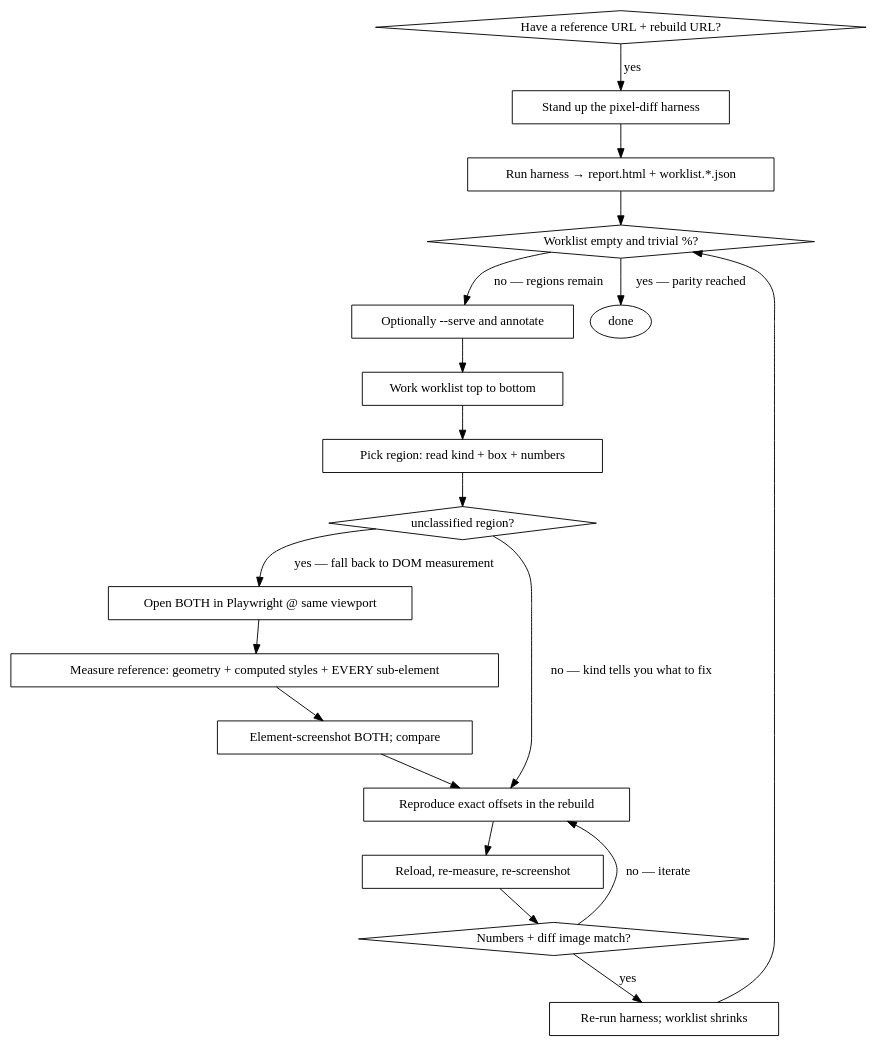
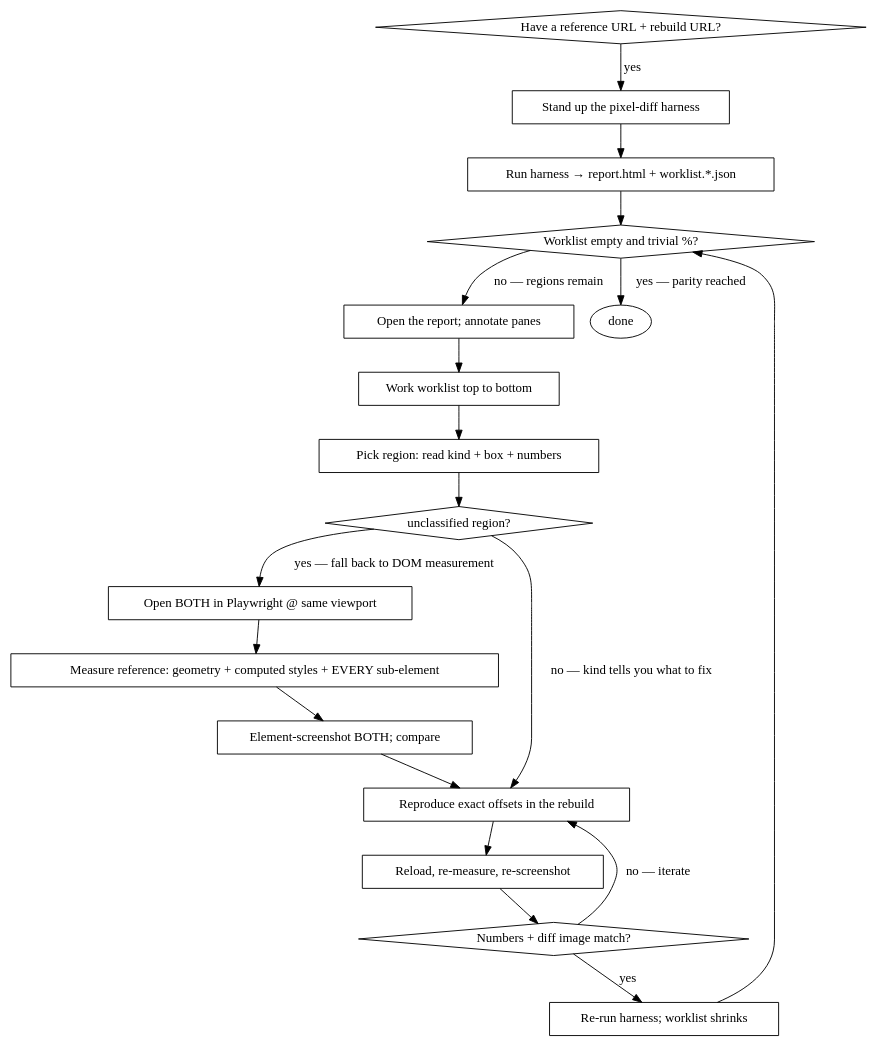
The diagram in skills/visual-parity/SKILL.md (IT4WEBBV/LaravelClaudeMd), drawn with Graphviz before and after one commit. The commit also changed other lines of this file and 1 other file, not shown here.

Commit message:
feat(visual-parity): login-state template + SKILL.md for run-from-skill, fix-list report, named reports + auth

````diff
--- a/skills/visual-parity/SKILL.md
+++ b/skills/visual-parity/SKILL.md
@@ -31,38 +31,38 @@
 ```dot
 digraph parity {
   "Have a reference URL + rebuild URL?" [shape=diamond];
   "Stand up the pixel-diff harness" [shape=box];
   "Run harness → report.html + worklist.*.json" [shape=box];
   "Worklist empty and trivial %?" [shape=diamond];
-  "Optionally --serve and annotate" [shape=box];
+  "Open the report; annotate panes" [shape=box];
   "Work worklist top to bottom" [shape=box];
   "Pick region: read kind + box + numbers" [shape=box];
   "unclassified region?" [shape=diamond];
   "Open BOTH in Playwright @ same viewport" [shape=box];
   "Measure reference: geometry + computed styles + EVERY sub-element" [shape=box];
   "Element-screenshot BOTH; compare" [shape=box];
   "Reproduce exact offsets in the rebuild" [shape=box];
   "Reload, re-measure, re-screenshot" [shape=box];
   "Numbers + diff image match?" [shape=diamond];
   "Re-run harness; worklist shrinks" [shape=box];
 
   "Have a reference URL + rebuild URL?" -> "Stand up the pixel-diff harness" [label="yes"];
   "Stand up the pixel-diff harness" -> "Run harness → report.html + worklist.*.json";
   "Run harness → report.html + worklist.*.json" -> "Worklist empty and trivial %?" [label=""];
   "Worklist empty and trivial %?" -> "done" [label="yes — parity reached"];
-  "Worklist empty and trivial %?" -> "Optionally --serve and annotate" [label="no — regions remain"];
-  "Optionally --serve and annotate" -> "Work worklist top to bottom";
+  "Worklist empty and trivial %?" -> "Open the report; annotate panes" [label="no — regions remain"];
+  "Open the report; annotate panes" -> "Work worklist top to bottom";
   "Work worklist top to bottom" -> "Pick region: read kind + box + numbers";
   "Pick region: read kind + box + numbers" -> "unclassified region?" ;
   "unclassified region?" -> "Open BOTH in Playwright @ same viewport" [label="yes — fall back to DOM measurement"];
   "unclassified region?" -> "Reproduce exact offsets in the rebuild" [label="no — kind tells you what to fix"];
   "Open BOTH in Playwright @ same viewport" -> "Measure reference: geometry + computed styles + EVERY sub-element";
   "Measure reference: geometry + computed styles + EVERY sub-element" -> "Element-screenshot BOTH; compare";
   "Element-screenshot BOTH; compare" -> "Reproduce exact offsets in the rebuild";
   "Reproduce exact offsets in the rebuild" -> "Reload, re-measure, re-screenshot";
   "Reload, re-measure, re-screenshot" -> "Numbers + diff image match?";
   "Numbers + diff image match?" -> "Reproduce exact offsets in the rebuild" [label="no — iterate"];
   "Numbers + diff image match?" -> "Re-run harness; worklist shrinks" [label="yes"];
   "Re-run harness; worklist shrinks" -> "Worklist empty and trivial %?";
 }
 ```
````
